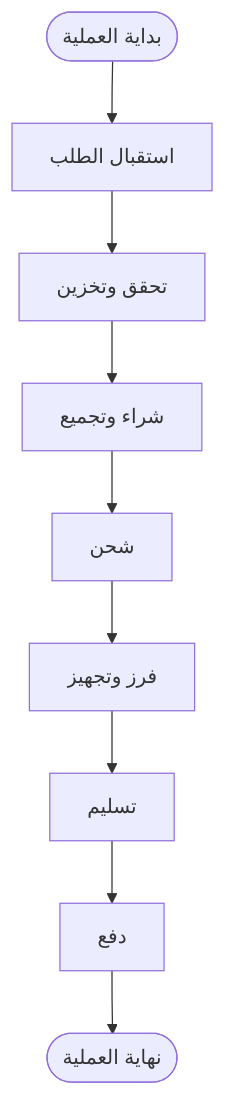
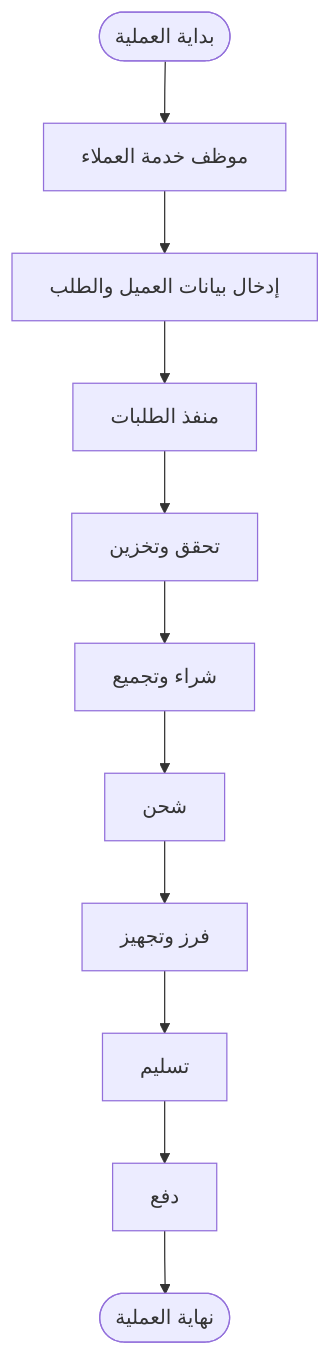
The first of 4 diagrams in docs/07-process-flows/07-process-flows.md (Ash69g/Documentation-Study), drawn with Mermaid before and after one commit. The commit also changed other lines of this file and 22 other files, not shown here.

````diff
--- a/docs/07-process-flows/07-process-flows.md
+++ b/docs/07-process-flows/07-process-flows.md
@@ -11,11 +11,13 @@
 ```mermaid
 flowchart TD
-  Start([بداية العملية]) --> Order[استقبال الطلب]
-  Order --> Validate[تحقق وتخزين]
+  Start([بداية العملية]) --> CS[موظف خدمة العملاء]
+  CS --> Order[إدخال بيانات العميل والطلب]
+  Order --> OP[منفذ الطلبات]
+  OP --> Validate[تحقق وتخزين]
   Validate --> Purchase[شراء وتجميع]
   Purchase --> Shipment[شحن]
   Shipment --> Sort[فرز وتجهيز]
   Sort --> Delivery[تسليم]
   Delivery --> Payment[دفع]
   Payment --> End([نهاية العملية])
 ```
````
